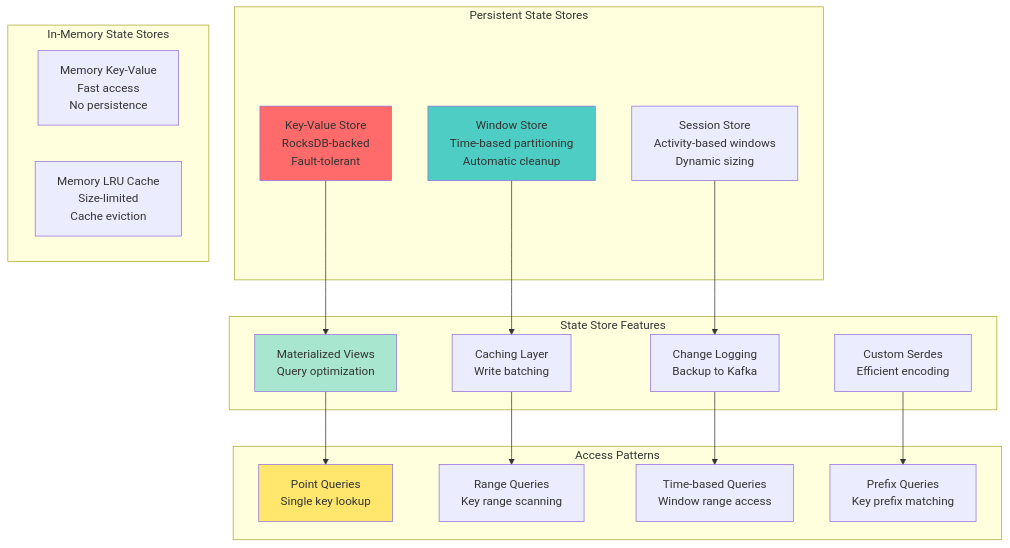
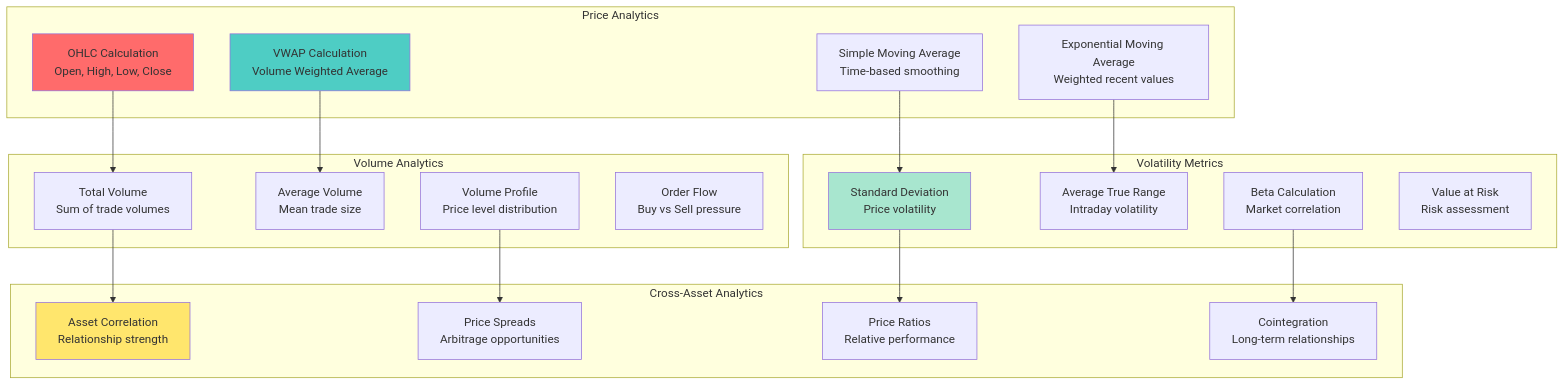
The fourth of 4 diagrams in class/workshop/lesson_16/README.md (vorrawut/KafkaStarter), drawn with Mermaid before and after one commit. The commit also changed other lines of this file and 204 other files, not shown here.

````diff
--- a/class/workshop/lesson_16/README.md
+++ b/class/workshop/lesson_16/README.md
@@ -100,41 +370,45 @@
 ```mermaid
 graph TB
-    subgraph "Persistent State Stores"
-        KEY_VALUE[Key-Value Store<br/>RocksDB-backed<br/>Fault-tolerant]
-        WINDOW_STORE[Window Store<br/>Time-based partitioning<br/>Automatic cleanup]
-        SESSION_STORE[Session Store<br/>Activity-based windows<br/>Dynamic sizing]
+    subgraph "Price Analytics"
+        OHLC[OHLC Calculation<br/>Open, High, Low, Close]
+        VWAP[VWAP Calculation<br/>Volume Weighted Average]
+        SMA[Simple Moving Average<br/>Time-based smoothing]
+        EMA[Exponential Moving Average<br/>Weighted recent values]
     end
     
-    subgraph "In-Memory State Stores"
-        MEMORY_KV[Memory Key-Value<br/>Fast access<br/>No persistence]
-        MEMORY_LRU[Memory LRU Cache<br/>Size-limited<br/>Cache eviction]
+    subgraph "Volume Analytics"
+        TOTAL_VOL[Total Volume<br/>Sum of trade volumes]
+        AVG_VOL[Average Volume<br/>Mean trade size]
+        VOL_PROFILE[Volume Profile<br/>Price level distribution]
+        FLOW[Order Flow<br/>Buy vs Sell pressure]
     end
     
-    subgraph "State Store Features"
-        MATERIALIZED[Materialized Views<br/>Query optimization]
-        CACHING[Caching Layer<br/>Write batching]
-        LOGGING[Change Logging<br/>Backup to Kafka]
-        SERIALIZATION[Custom Serdes<br/>Efficient encoding]
+    subgraph "Volatility Metrics"
+        STD_DEV[Standard Deviation<br/>Price volatility]
+        ATR[Average True Range<br/>Intraday volatility]
+        BETA[Beta Calculation<br/>Market correlation]
+        VAR[Value at Risk<br/>Risk assessment]
     end
     
-    subgraph "Access Patterns"
-        POINT_QUERIES[Point Queries<br/>Single key lookup]
-        RANGE_QUERIES[Range Queries<br/>Key range scanning]
-        TIME_QUERIES[Time-based Queries<br/>Window range access]
-        PREFIX_QUERIES[Prefix Queries<br/>Key prefix matching]
+    subgraph "Cross-Asset Analytics"
+        CORRELATION[Asset Correlation<br/>Relationship strength]
+        SPREAD[Price Spreads<br/>Arbitrage opportunities]
+        RATIO[Price Ratios<br/>Relative performance]
+        COINTEGRATION[Cointegration<br/>Long-term relationships]
     end
     
-    KEY_VALUE --> MATERIALIZED
-    WINDOW_STORE --> CACHING
-    SESSION_STORE --> LOGGING
+    OHLC --> TOTAL_VOL
+    VWAP --> AVG_VOL
+    SMA --> STD_DEV
+    EMA --> ATR
     
-    MATERIALIZED --> POINT_QUERIES
-    CACHING --> RANGE_QUERIES
-    LOGGING --> TIME_QUERIES
-    SERIALIZATION --> PREFIX_QUERIES
+    TOTAL_VOL --> CORRELATION
+    VOL_PROFILE --> SPREAD
+    STD_DEV --> RATIO
+    BETA --> COINTEGRATION
     
-    style KEY_VALUE fill:#ff6b6b
-    style WINDOW_STORE fill:#4ecdc4
-    style MATERIALIZED fill:#a8e6cf
-    style POINT_QUERIES fill:#ffe66d
+    style OHLC fill:#ff6b6b
+    style VWAP fill:#4ecdc4
+    style STD_DEV fill:#a8e6cf
+    style CORRELATION fill:#ffe66d
 ```
````
